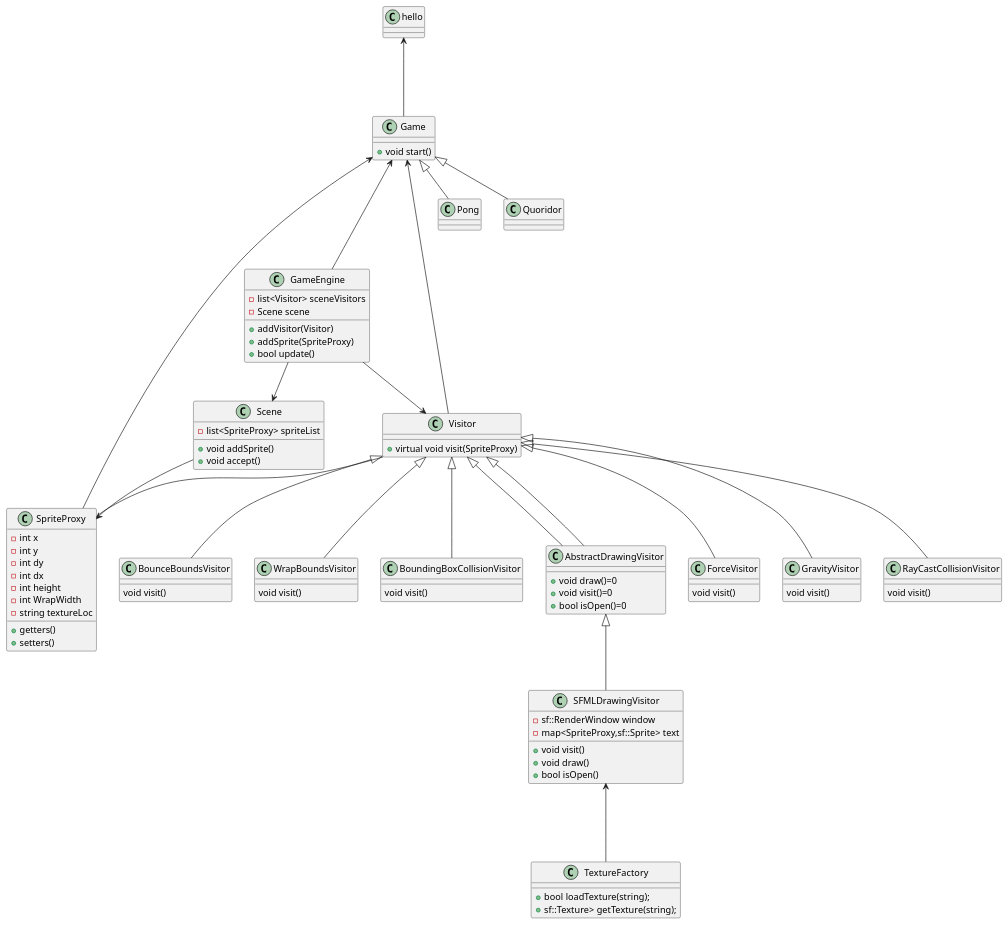
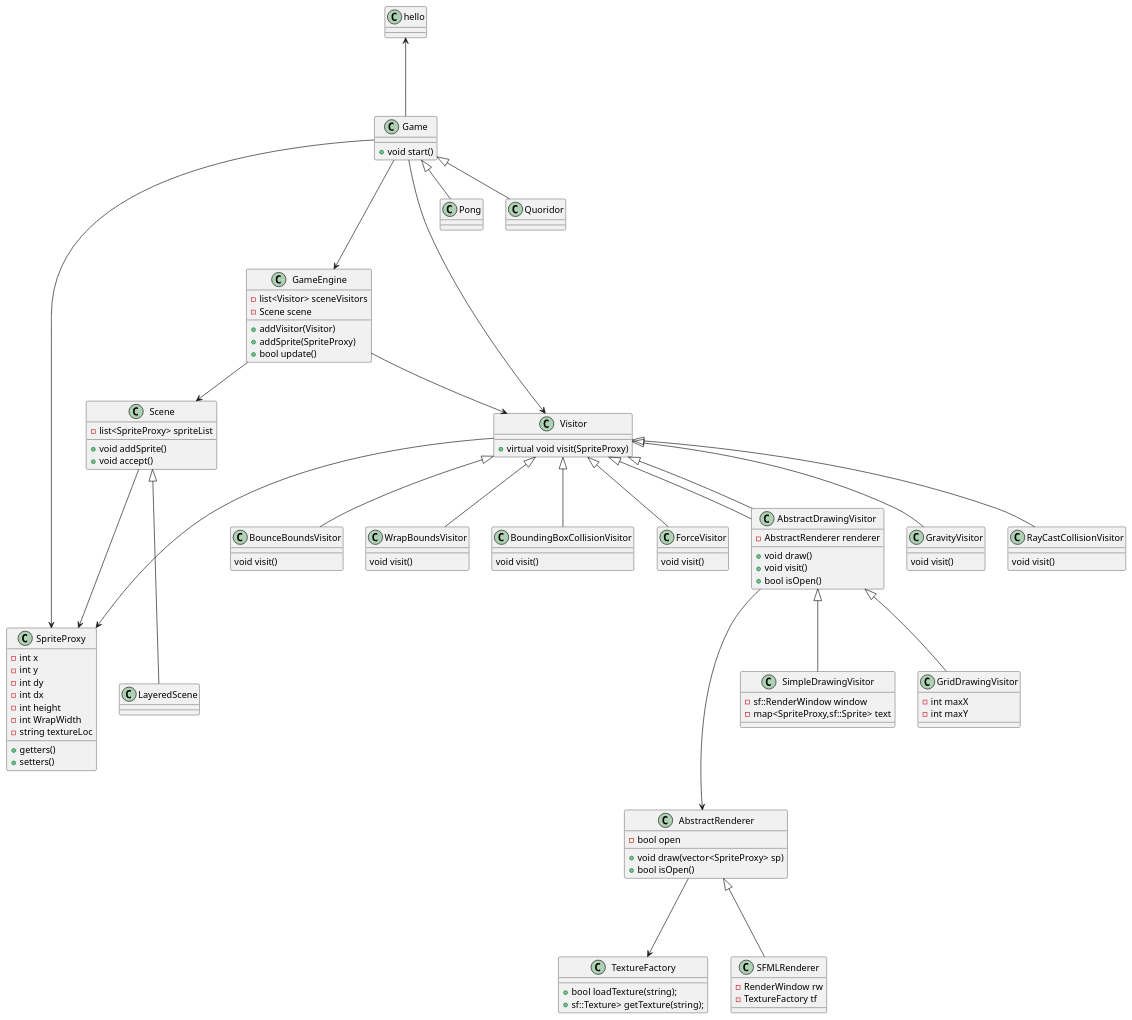
The diagram in docs/uml.plantuml (spilloid/Visitor-Game-Engine), drawn with PlantUML before and after one commit. The commit also changed 23 other files, not shown here.

```diff
--- a/docs/uml.plantuml
+++ b/docs/uml.plantuml
@@ -1,85 +1,102 @@
 @startuml FinalProject
 class Game{
     +void start()
 }
 class GameEngine {
     -list<Visitor> sceneVisitors
     -Scene scene
     +addVisitor(Visitor)
     +addSprite(SpriteProxy)
     +bool update()
 }
 class Scene{
     -list<SpriteProxy> spriteList
     +void addSprite()
     +void accept()
 }
 class TextureFactory{
         +bool loadTexture(string);
         +sf::Texture> getTexture(string);
 }
 class SpriteProxy{
     -int x
     -int y
     -int dy
     -int dx
     -int height
     -int WrapWidth
     -string textureLoc
     +getters()
     +setters()
 }
 class Visitor{
     +virtual void visit(SpriteProxy)
 }
 class BounceBoundsVisitor{
     void visit()
 }
 class WrapBoundsVisitor{
     void visit()
     }
 class BoundingBoxCollisionVisitor{
     void visit()
     }
+class AbstractRenderer{
+    -bool open
+    +void draw(vector<SpriteProxy> sp)
+    +bool isOpen()
+}
+class SFMLRenderer{
+    -RenderWindow rw
+    -TextureFactory tf
+
+}
 class AbstractDrawingVisitor{
-    +void draw()=0
-    +void visit()=0
-    +bool isOpen()=0
+    -AbstractRenderer renderer
+    +void draw()
+    +void visit()
+    +bool isOpen()
 }
-class SFMLDrawingVisitor{
+
+class SimpleDrawingVisitor{
     -sf::RenderWindow window
     -map<SpriteProxy,sf::Sprite> text
-    +void visit()
-    +void draw()
-    +bool isOpen()
     }
+class GridDrawingVisitor{
+    -int maxX
+    -int maxY
+}
 class ForceVisitor{
     void visit()
     }
 class GravityVisitor{
     void visit()
     }
 class RayCastCollisionVisitor{
     void visit()
     }
 hello <--- Game
 Game <|-- Pong
 Game <|-- Quoridor
-Game <--- GameEngine
-Game <--- Visitor
-Game <--- SpriteProxy
+Game ---> GameEngine
+Game ---> Visitor
+Game ---> SpriteProxy
 GameEngine --> Visitor
 GameEngine --> Scene
-Scene --> SpriteProxy
-Visitor -- SpriteProxy
+Scene <|--- LayeredScene
+Scene ---> SpriteProxy
+Visitor ---> SpriteProxy
 Visitor <|-- ForceVisitor
 Visitor <|-- GravityVisitor
 Visitor <|-- BounceBoundsVisitor
 Visitor <|-- WrapBoundsVisitor
 Visitor <|-- BoundingBoxCollisionVisitor
 Visitor <|-- RayCastCollisionVisitor
 Visitor <|-- AbstractDrawingVisitor
 Visitor<|-- AbstractDrawingVisitor
-AbstractDrawingVisitor <|-- SFMLDrawingVisitor
-SFMLDrawingVisitor <--- TextureFactory
+AbstractDrawingVisitor <|-- SimpleDrawingVisitor
+AbstractDrawingVisitor <|-- GridDrawingVisitor
+AbstractDrawingVisitor ---> AbstractRenderer
+AbstractRenderer <|--- SFMLRenderer
+AbstractRenderer ---> TextureFactory
 @enduml
```
